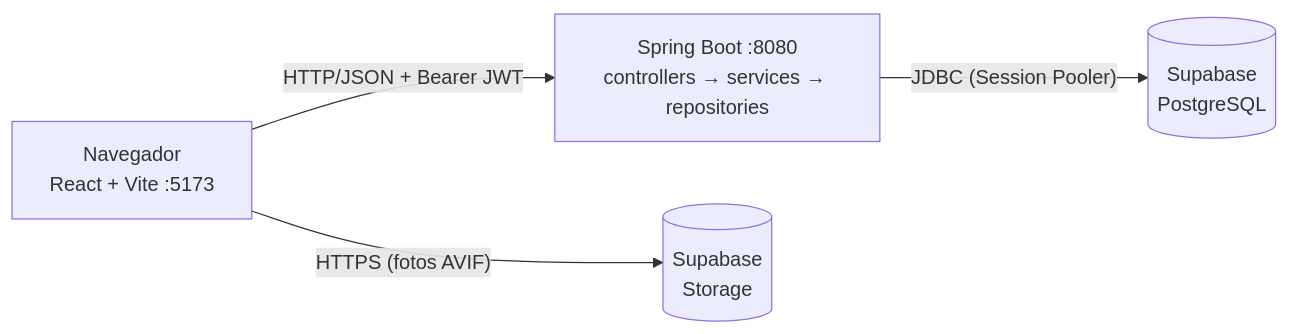
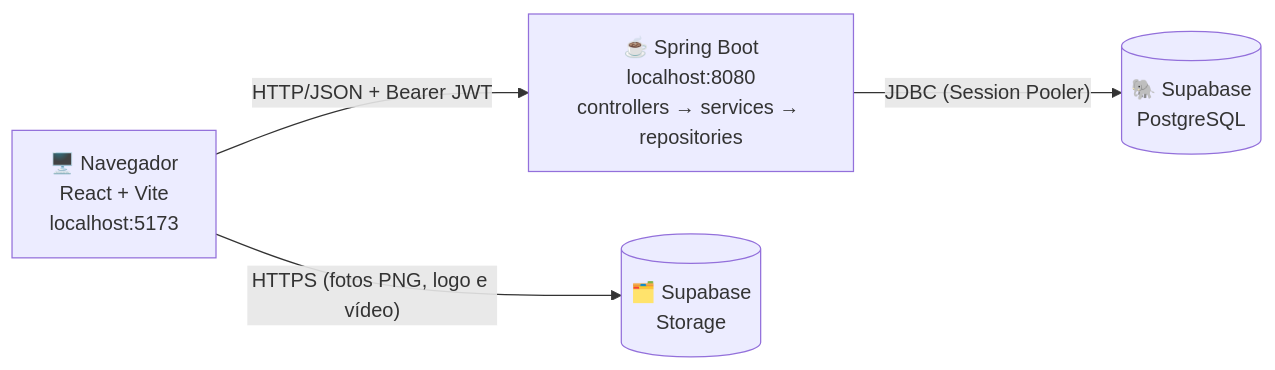
Before and after one commit to Cesarlac/getaway-car-rentals: the first of 2 diagrams in README.md, drawn with Mermaid. The commit also changed other lines of this file and 15 other files, not shown here.

First line of the commit message:
docs: README no template da disciplina, UML atualizada e capturas de tela

````diff
--- a/README.md
+++ b/README.md
@@ -148,6 +162,6 @@
 ```mermaid
 flowchart LR
-    U["Navegador<br/>React + Vite :5173"] -- "HTTP/JSON + Bearer JWT" --> B["Spring Boot :8080<br/>controllers → services → repositories"]
-    B -- "JDBC (Session Pooler)" --> D[("Supabase<br/>PostgreSQL")]
-    U -- "HTTPS (fotos AVIF)" --> S[("Supabase<br/>Storage")]
+    U["🖥️ Navegador<br/>React + Vite<br/>localhost:5173"] -- "HTTP/JSON + Bearer JWT" --> B["☕ Spring Boot<br/>localhost:8080<br/>controllers → services → repositories"]
+    B -- "JDBC (Session Pooler)" --> D[("🐘 Supabase<br/>PostgreSQL")]
+    U -- "HTTPS (fotos PNG, logo e vídeo)" --> S[("🗂️ Supabase<br/>Storage")]
 ```
````
